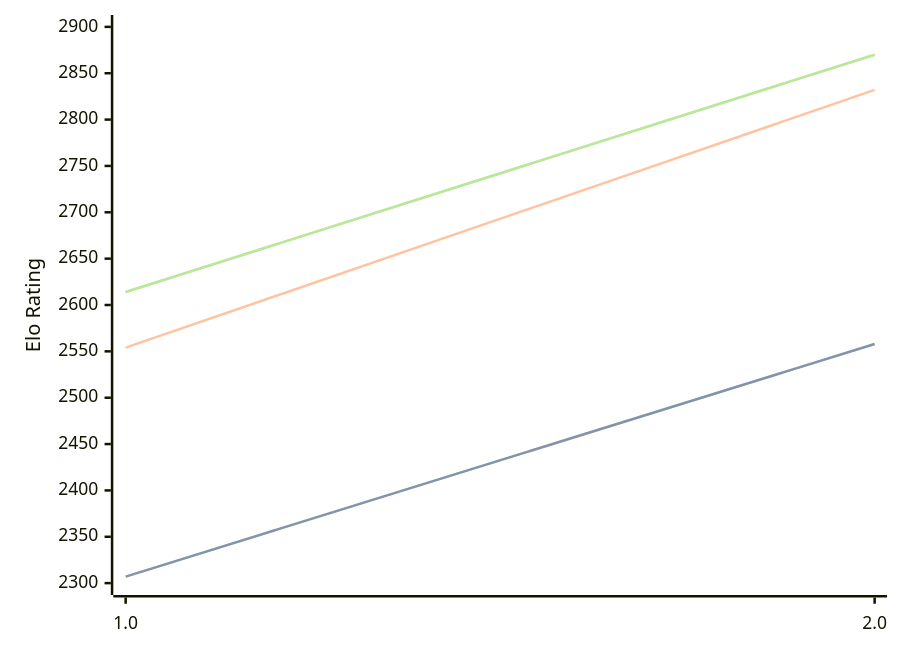
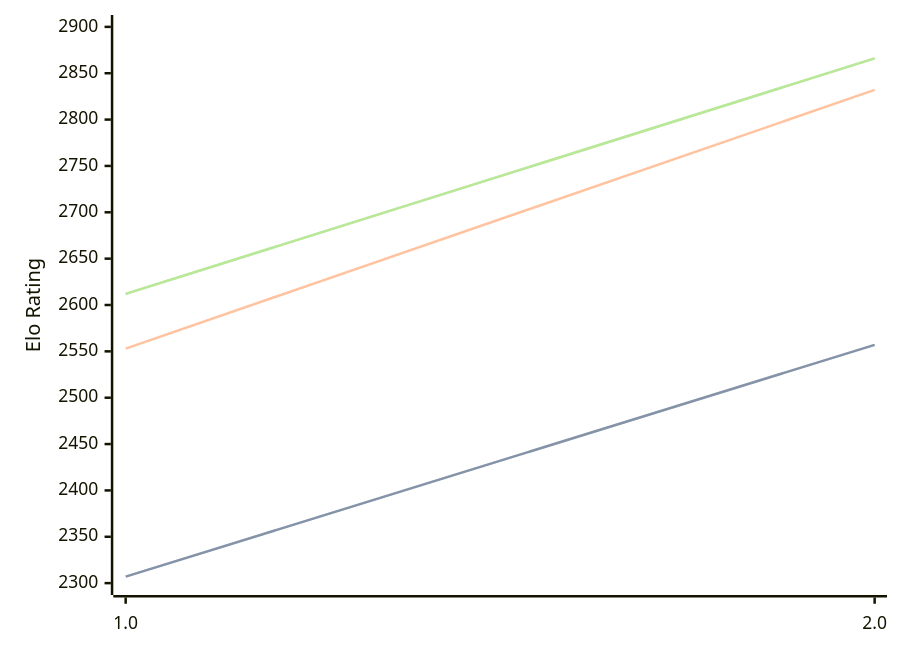
Before and after one commit to computer-chess-index/cci: the diagram in engines/Revolver.md, drawn with Mermaid. The commit also changed other lines of this file, not shown here.

Commit message:
Update CCI Ratings (ELO VLTC) - 2026-05-07

````diff
--- a/engines/Revolver.md
+++ b/engines/Revolver.md
@@ -32,11 +32,11 @@
 ```mermaid
 %%{init: {"theme":"base","themeVariables":{"seriesColors:['#a3a3a3','#222221','#faa371']}}}%%
 xychart-beta
   x-axis ["1.0", "2.0"]
   y-axis "Elo Rating" 2300 --> 2900
-  line "STC (8.0+0.08s)" [2307, 2558]
-  line "STC (8.0+0.08s)" [2307, 2558]
-  line "LTC (60.0+0.60s)" [2554, 2832]
-  line "VLTC (2m24s+1.12s)" [2614, 2870]
-  line "VLTC (2m24s+1.12s)" [2614, 2870]
+  line "STC (8.0+0.08s)" [2307, 2557]
+  line "STC (8.0+0.08s)" [2307, 2557]
+  line "LTC (60.0+0.60s)" [2553, 2832]
+  line "VLTC (2m24s+1.12s)" [2612, 2866]
+  line "VLTC (2m24s+1.12s)" [2612, 2866]
 ```
````
